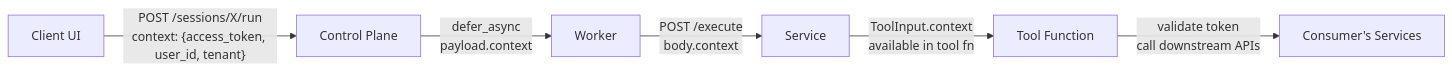
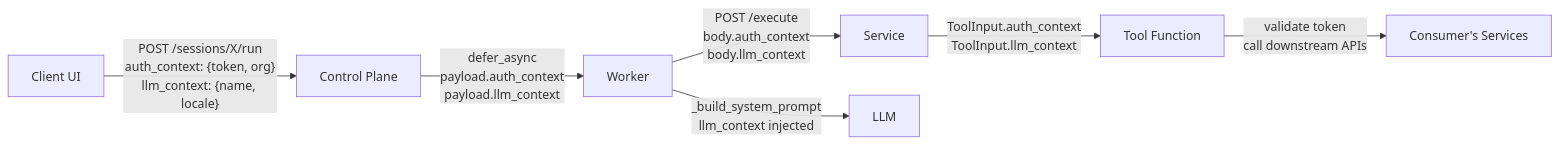
Before and after one commit to Sheerabth/omniagent: the third of 6 diagrams in README.md, drawn with Mermaid. The commit also changed other lines of this file and 9 other files, not shown here.

Commit message:
add: auth context and llm context

````diff
--- a/README.md
+++ b/README.md
@@ -66,8 +66,9 @@
 ```mermaid
 flowchart LR
-    Client["Client UI"] -->|"POST /sessions/X/run<br/>context: {access_token, user_id, tenant}"| CP["Control Plane"]
-    CP -->|"defer_async<br/>payload.context"| Worker["Worker"]
-    Worker -->|"POST /execute<br/>body.context"| Service["Service"]
-    Service -->|"ToolInput.context<br/>available in tool fn"| Tool["Tool Function"]
+    Client["Client UI"] -->|"POST /sessions/X/run<br/>auth_context: {token, org}<br/>llm_context: {name, locale}"| CP["Control Plane"]
+    CP -->|"defer_async<br/>payload.auth_context<br/>payload.llm_context"| Worker["Worker"]
+    Worker -->|"POST /execute<br/>body.auth_context<br/>body.llm_context"| Service["Service"]
+    Worker -->|"_build_system_prompt<br/>llm_context injected"| LLM["LLM"]
+    Service -->|"ToolInput.auth_context<br/>ToolInput.llm_context"| Tool["Tool Function"]
     Tool -->|"validate token<br/>call downstream APIs"| Downstream["Consumer's Services"]
 ```
````
